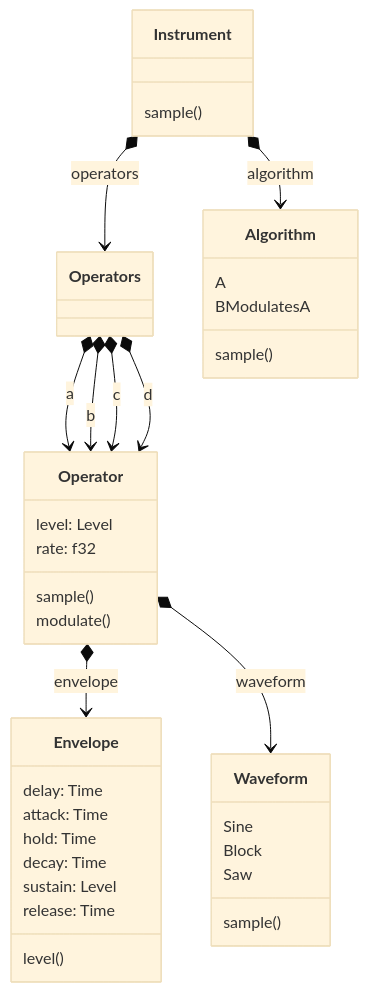
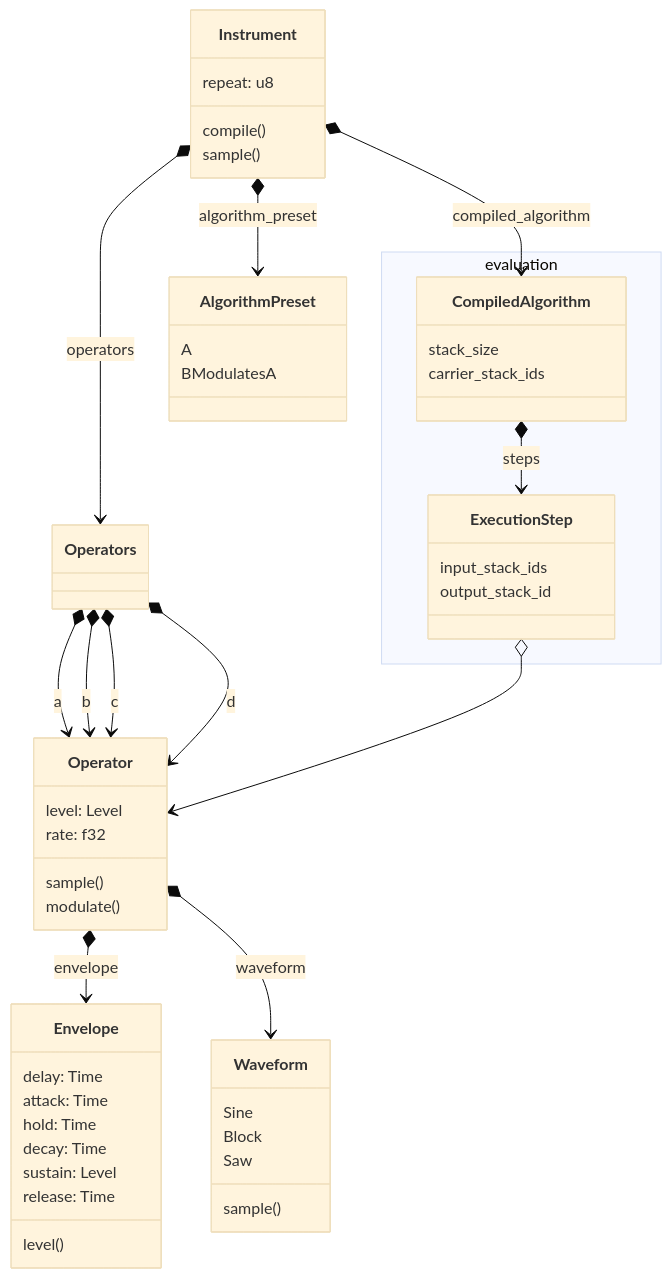
The third of 4 diagrams in README.md (jeroenbakker-atmind/rs-audio-engine), drawn with Mermaid (base theme) before and after one commit. The commit also changed other lines of this file, not shown here.

````diff
--- a/README.md
+++ b/README.md
@@ -132,48 +134,62 @@
 ```mermaid
 classDiagram
 
     class Instrument {
+        repeat: u8
+        compile()
         sample()
     }
     class Operators
     class Operator {
         level: Level
         rate: f32
 
         sample()
         modulate()
     }
     class Envelope {
         delay: Time
         attack: Time
         hold: Time
         decay: Time
         sustain: Level
         release: Time
 
         level()
     }
-    class Algorithm {
+    class AlgorithmPreset {
         A
         BModulatesA
-
-        sample()
     }
     class Waveform {
         Sine
         Block
         Saw
 
         sample()
     }
 
+    namespace evaluation {
+        class CompiledAlgorithm{
+            stack_size
+            carrier_stack_ids
+        }
+        class ExecutionStep{
+            input_stack_ids
+            output_stack_id
+        }
+    }
+
     Operators *--> Operator: a
     Operators *--> Operator: b
     Operators *--> Operator: c
     Operators *--> Operator: d
     Operator *--> Envelope: envelope
     Instrument *--> Operators: operators
-    Instrument *--> Algorithm: algorithm
+    Instrument *--> AlgorithmPreset: algorithm_preset
     Operator *--> Waveform: waveform
+    Instrument *--> CompiledAlgorithm: compiled_algorithm
+    CompiledAlgorithm *--> ExecutionStep: steps
+    ExecutionStep o--> Operator
 
 ```
````
